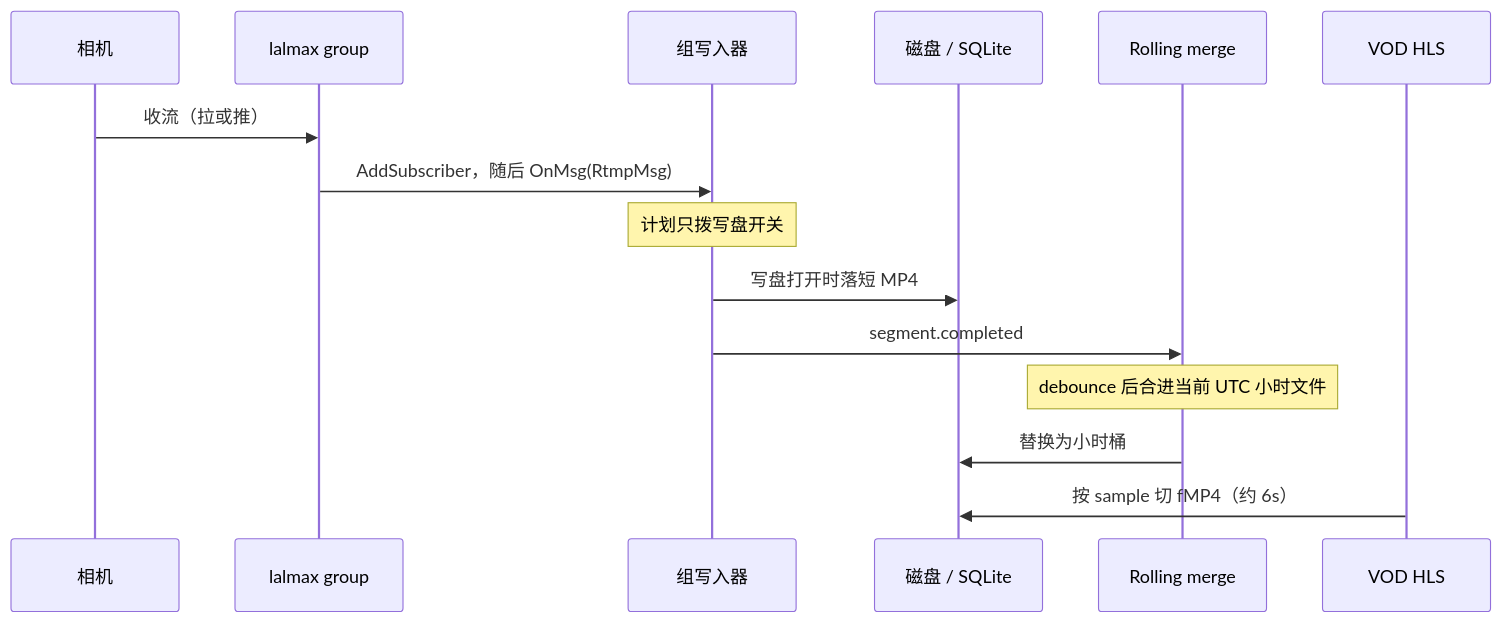
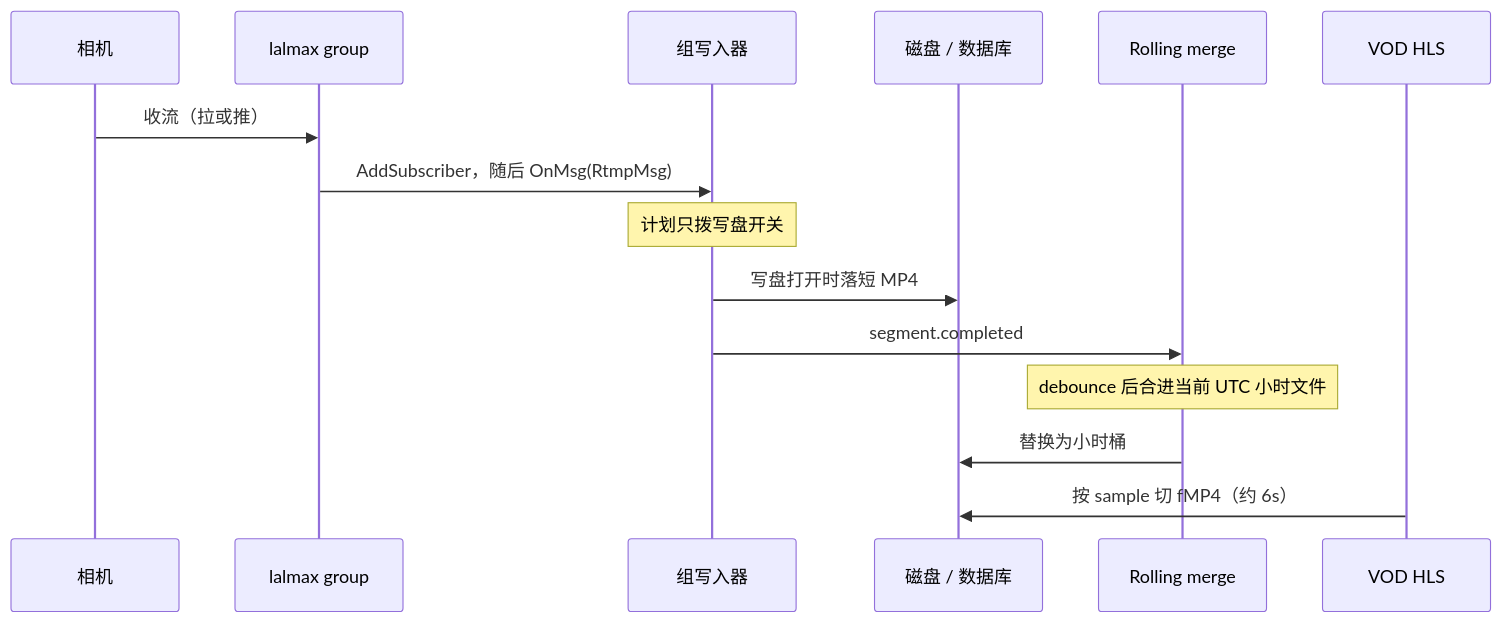
Before and after one commit to lalmax-pro/lalmax-nvr: the fifth of 7 diagrams in docs/zh/architecture.md, drawn with Mermaid. The commit also changed other lines of this file and 92 other files, not shown here.

````diff
--- a/docs/zh/architecture.md
+++ b/docs/zh/architecture.md
@@ -174,18 +174,18 @@
 ```mermaid
 sequenceDiagram
   participant Cam as 相机
   participant Group as lalmax group
   participant Rec as 组写入器
-  participant Disk as 磁盘 / SQLite
+  participant Disk as 磁盘 / 数据库
   participant Roll as Rolling merge
   participant VOD as VOD HLS
 
   Cam->>Group: 收流（拉或推）
   Group->>Rec: AddSubscriber，随后 OnMsg(RtmpMsg)
   Note over Rec: 计划只拨写盘开关
   Rec->>Disk: 写盘打开时落短 MP4
   Rec->>Roll: segment.completed
   Note over Roll: debounce 后合进当前 UTC 小时文件
   Roll->>Disk: 替换为小时桶
   VOD->>Disk: 按 sample 切 fMP4（约 6s）
 ```
````
